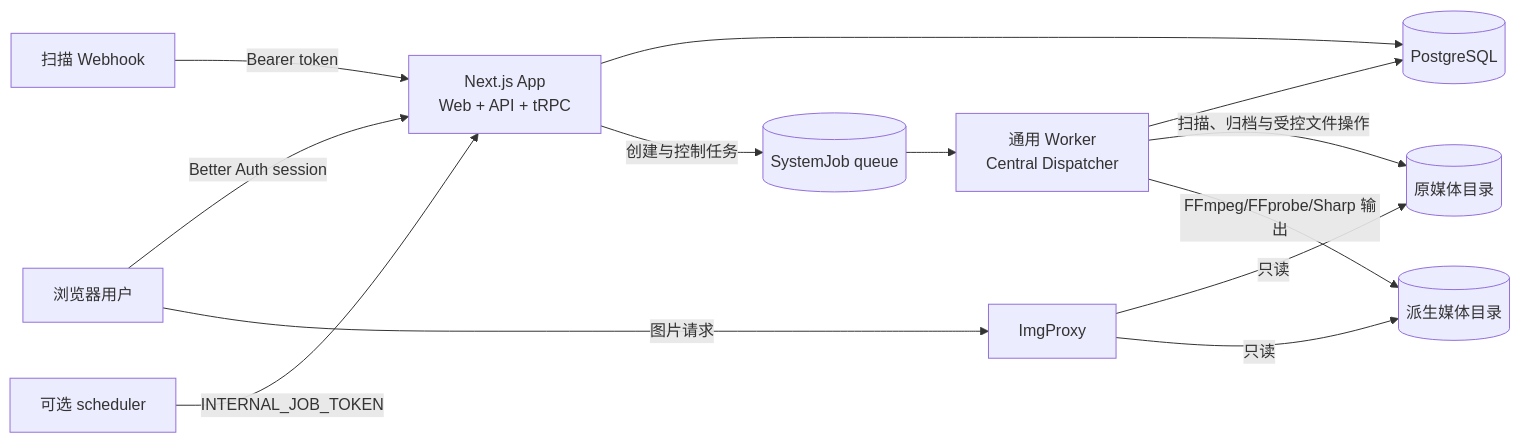
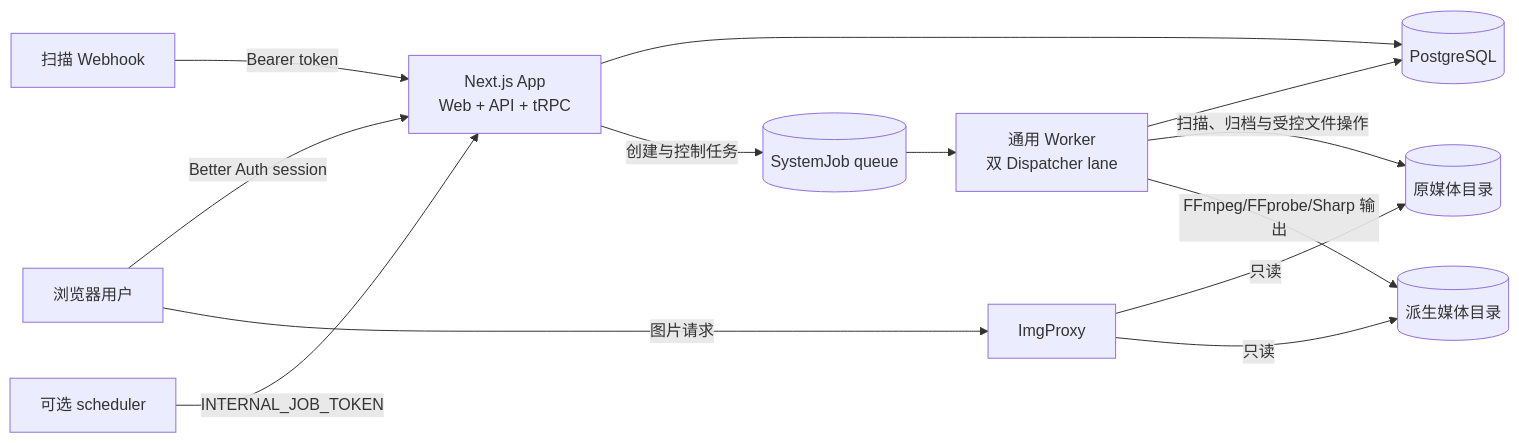
One commit to namehu/PixiShelf changed the first of 3 diagrams in docs/architecture/current-architecture.md. Above: the diagram before and after it, drawn with Mermaid. The commit also changed other lines of this file and 23 other files, not shown here.

````diff
--- a/docs/architecture/current-architecture.md
+++ b/docs/architecture/current-architecture.md
@@ -37,26 +37,26 @@
 ```mermaid
 flowchart LR
   User[浏览器用户]
   Webhook[扫描 Webhook]
   Scheduler[可选 scheduler]
   App[Next.js App\nWeb + API + tRPC]
   Database[(PostgreSQL)]
   Queue[(SystemJob queue)]
-  Worker[通用 Worker\nCentral Dispatcher]
+  Worker[通用 Worker\n双 Dispatcher lane]
   Source[(原媒体目录)]
   Derived[(派生媒体目录)]
   ImgProxy[ImgProxy]
 
   User -->|Better Auth session| App
   Webhook -->|Bearer token| App
   Scheduler -->|INTERNAL_JOB_TOKEN| App
   App --> Database
   App -->|创建与控制任务| Queue
   Queue --> Worker
   Worker --> Database
   Worker -->|扫描、归档与受控文件操作| Source
   Worker -->|FFmpeg/FFprobe/Sharp 输出| Derived
   ImgProxy -->|只读| Source
   ImgProxy -->|只读| Derived
   User -->|图片请求| ImgProxy
 ```
````
